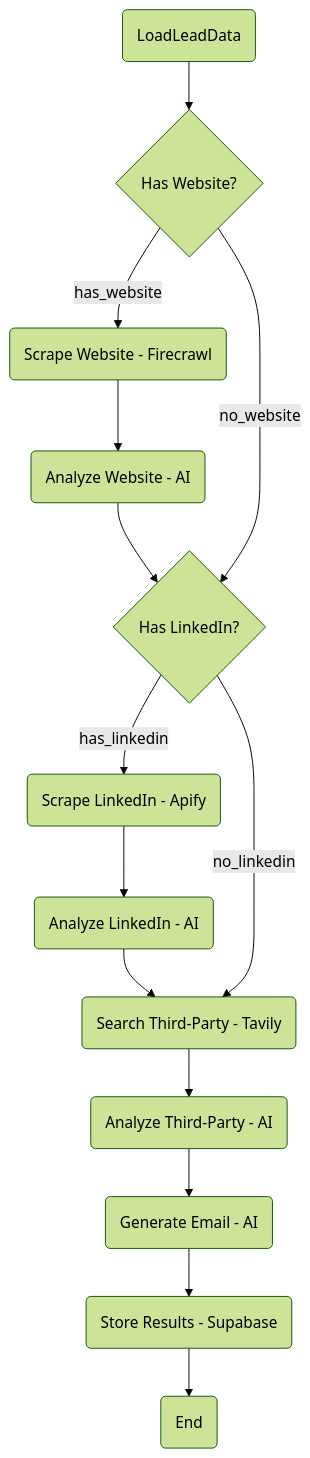
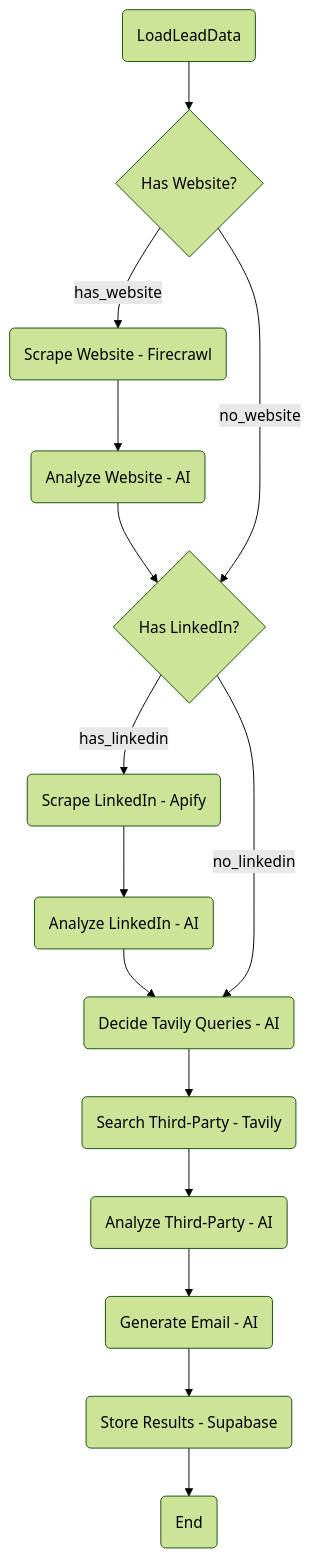
The diagram in docs/design.md (The-Pocket/PocketFlow), drawn with Mermaid (forest theme) before and after one commit. The commit also changed other lines of this file and 280 other files, not shown here.

````diff
--- a/docs/design.md
+++ b/docs/design.md
@@ -20,22 +20,23 @@
     ```mermaid
     flowchart TD
         Start(LoadLeadData) --> CheckWebsite{Has Website?}
 
         CheckWebsite -- "has_website" --> ScrapeWebsite(Scrape Website - Firecrawl)
         ScrapeWebsite --> AnalyzeWebsite(Analyze Website - AI)
         AnalyzeWebsite --> CheckLinkedIn{Has LinkedIn?}
 
         CheckWebsite -- "no_website" --> CheckLinkedIn
 
         CheckLinkedIn -- "has_linkedin" --> ScrapeLinkedIn(Scrape LinkedIn - Apify)
         ScrapeLinkedIn --> AnalyzeLinkedIn(Analyze LinkedIn - AI)
-        AnalyzeLinkedIn --> SearchTavily(Search Third-Party - Tavily)
+        AnalyzeLinkedIn --> DecideQueries(Decide Tavily Queries - AI)
 
-        CheckLinkedIn -- "no_linkedin" --> SearchTavily
+        CheckLinkedIn -- "no_linkedin" --> DecideQueries
 
+        DecideQueries --> SearchTavily(Search Third-Party - Tavily)
         SearchTavily --> AnalyzeTavily(Analyze Third-Party - AI)
         AnalyzeTavily --> GenerateEmail(Generate Email - AI)
 
         GenerateEmail --> StoreResults(Store Results - Supabase)
         StoreResults --> End(End)
     ```
````
